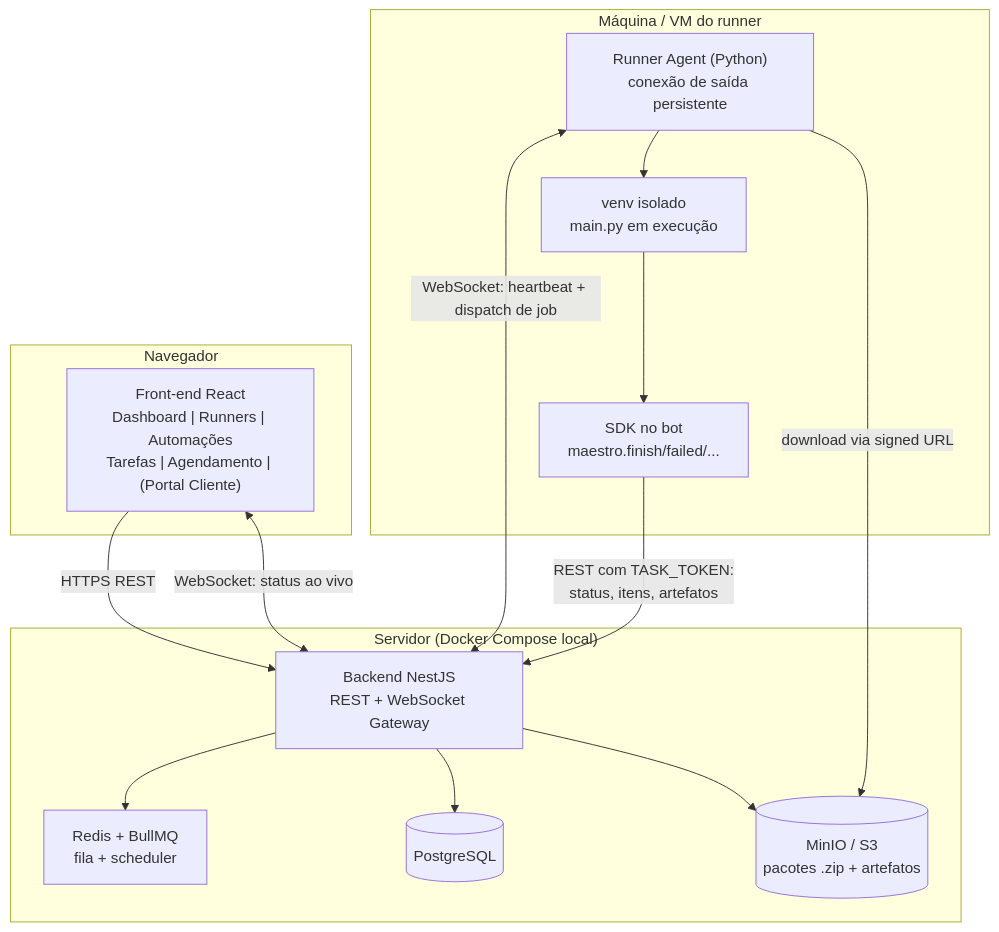
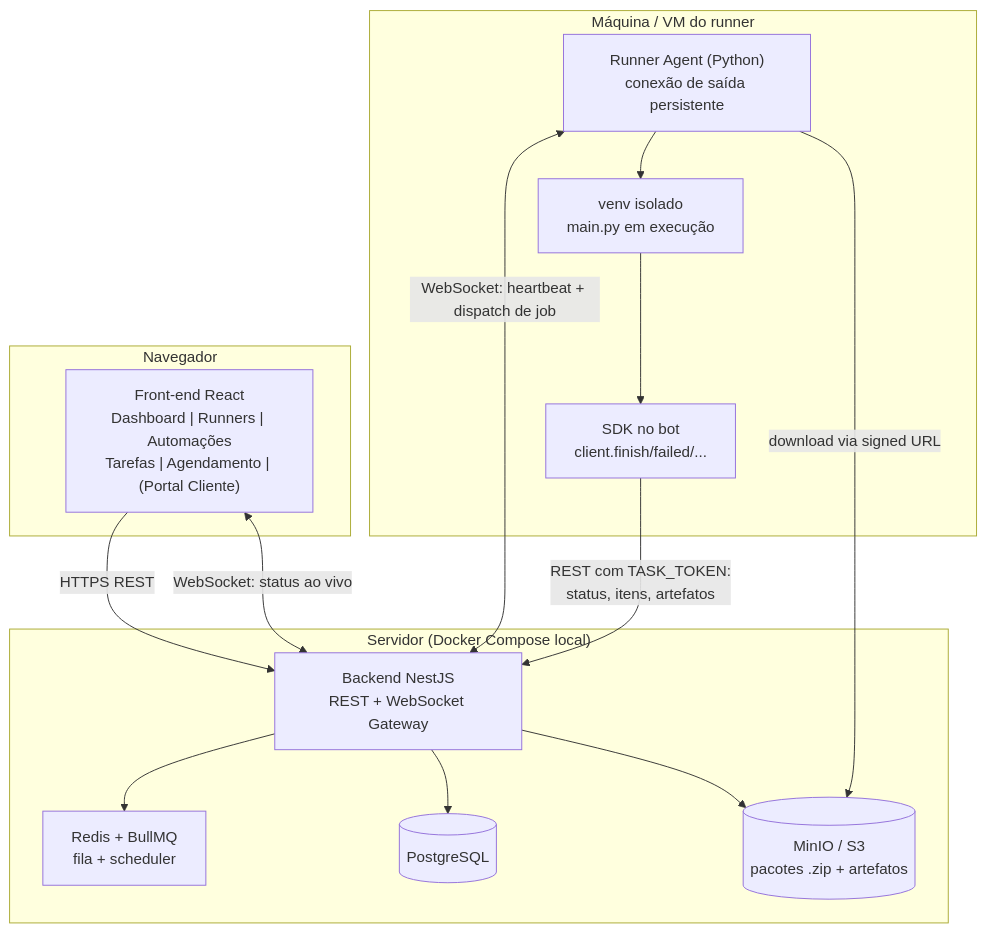
The diagram in ARCHITECTURE.md (LeonardoSantanaDEV/perseus), drawn with Mermaid before and after one commit. The commit also changed other lines of this file and 28 other files, not shown here.

````diff
--- a/ARCHITECTURE.md
+++ b/ARCHITECTURE.md
@@ -44,30 +44,30 @@
 ```mermaid
 flowchart TB
     subgraph Cliente["Navegador"]
         FE["Front-end React<br/>Dashboard | Runners | Automações<br/>Tarefas | Agendamento | (Portal Cliente)"]
     end
 
     subgraph Servidor["Servidor (Docker Compose local)"]
         API["Backend NestJS<br/>REST + WebSocket Gateway"]
         Q["Redis + BullMQ<br/>fila + scheduler"]
         DB[("PostgreSQL")]
         OBJ[("MinIO / S3<br/>pacotes .zip + artefatos")]
     end
 
     subgraph Maquina["Máquina / VM do runner"]
         R["Runner Agent (Python)<br/>conexão de saída persistente"]
         VENV["venv isolado<br/>main.py em execução"]
-        SDK["SDK no bot<br/>maestro.finish/failed/..."]
+        SDK["SDK no bot<br/>client.finish/failed/..."]
     end
 
     FE -->|HTTPS REST| API
     FE <-->|WebSocket: status ao vivo| API
     API --> DB
     API --> Q
     API --> OBJ
     R <-->|WebSocket: heartbeat + dispatch de job| API
     R -->|download via signed URL| OBJ
     R --> VENV
     VENV --> SDK
     SDK -->|REST com TASK_TOKEN:<br/>status, itens, artefatos| API
 ```
````
